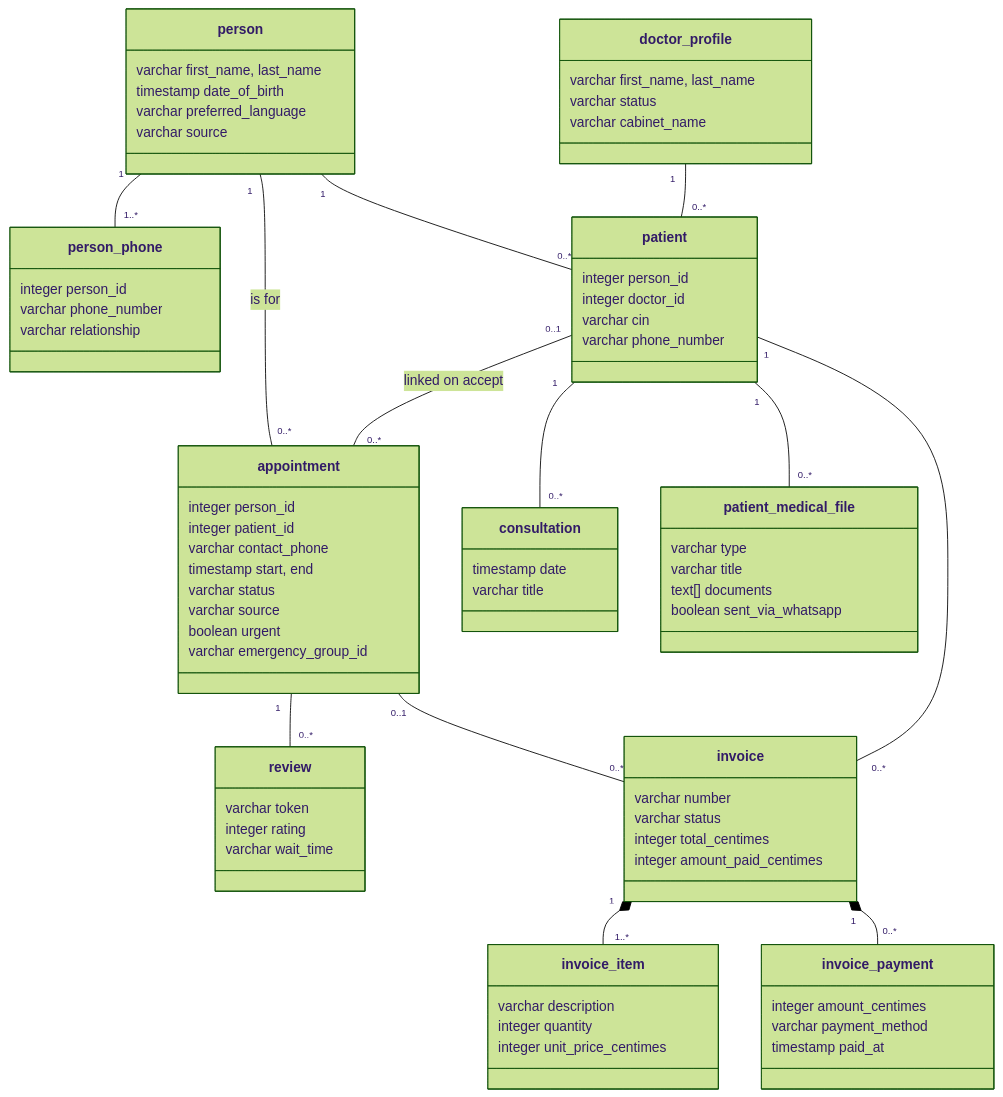
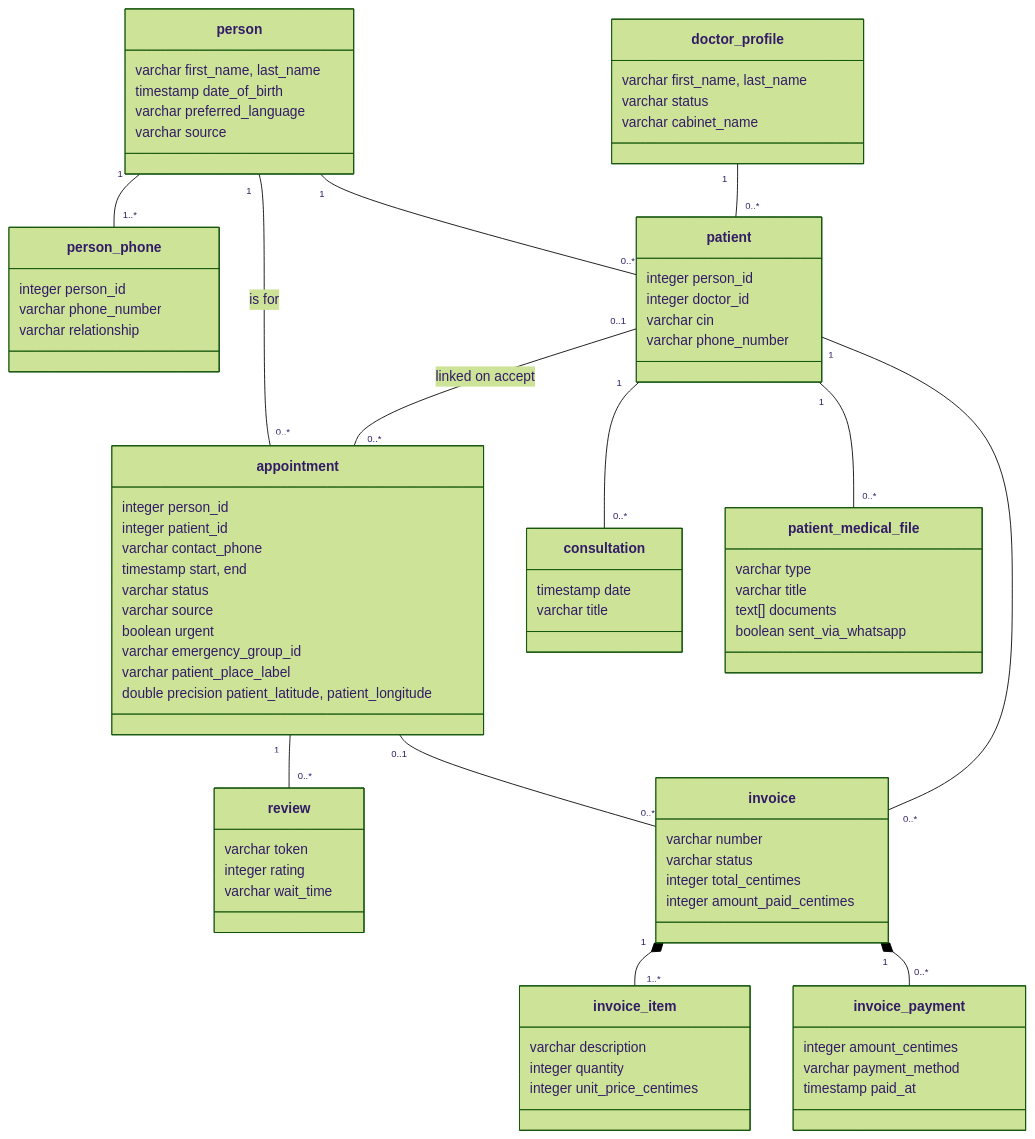
One commit to AtriOmar/riaya-report changed the diagram in images/diagrams/src/class_diagram_people_care.mmd. Above: the diagram before and after it, drawn with Mermaid (forest theme). The commit also changed 5 other files, not shown here.

First line of the commit message:
Describe the last booking place in the data model, the call flow and the search

```diff
--- a/images/diagrams/src/class_diagram_people_care.mmd
+++ b/images/diagrams/src/class_diagram_people_care.mmd
@@ -1,82 +1,84 @@
 classDiagram
 direction TB
 
 class doctor_profile {
   varchar first_name, last_name
   varchar status
   varchar cabinet_name
 }
 class person {
   varchar first_name, last_name
   timestamp date_of_birth
   varchar preferred_language
   varchar source
 }
 class person_phone {
   integer person_id
   varchar phone_number
   varchar relationship
 }
 class patient {
   integer person_id
   integer doctor_id
   varchar cin
   varchar phone_number
 }
 class appointment {
   integer person_id
   integer patient_id
   varchar contact_phone
   timestamp start, end
   varchar status
   varchar source
   boolean urgent
   varchar emergency_group_id
+  varchar patient_place_label
+  double precision patient_latitude, patient_longitude
 }
 class review {
   varchar token
   integer rating
   varchar wait_time
 }
 class consultation {
   timestamp date
   varchar title
 }
 class patient_medical_file {
   varchar type
   varchar title
   text[] documents
   boolean sent_via_whatsapp
 }
 class invoice {
   varchar number
   varchar status
   integer total_centimes
   integer amount_paid_centimes
 }
 class invoice_item {
   varchar description
   integer quantity
   integer unit_price_centimes
 }
 class invoice_payment {
   integer amount_centimes
   varchar payment_method
   timestamp paid_at
 }
 
 person "1" -- "1..*" person_phone
 person "1" -- "0..*" patient
 doctor_profile "1" -- "0..*" patient
 person "1" -- "0..*" appointment : is for
 patient "0..1" -- "0..*" appointment : linked on accept
 patient "1" -- "0..*" consultation
 patient "1" -- "0..*" patient_medical_file
 appointment "1" -- "0..*" review
 appointment "0..1" -- "0..*" invoice
 patient "1" -- "0..*" invoice
 invoice "1" *-- "1..*" invoice_item
 invoice "1" *-- "0..*" invoice_payment
 
 classDef ref fill:#EEEEEE,stroke:#A3A3A3
 class doctor_profile:::ref
```
